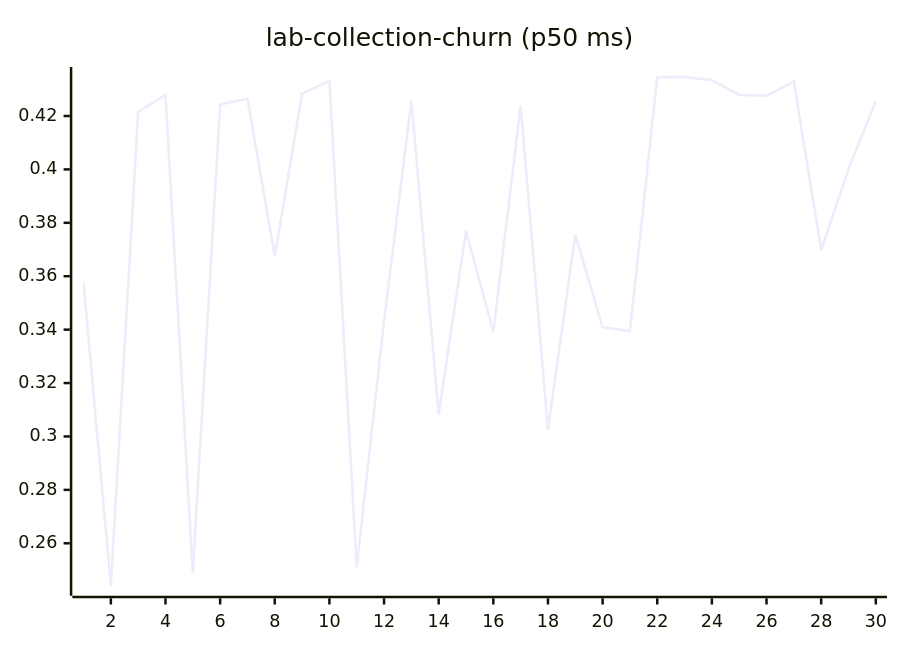
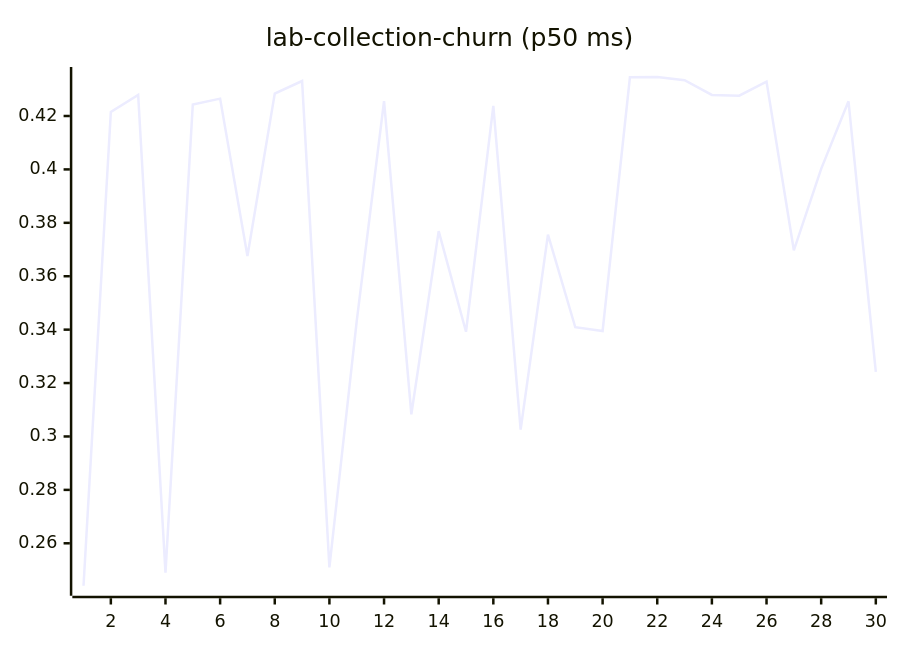
Diagram 11 of 27 in README.md (josha/Facet), drawn with Mermaid before and after one commit. The commit also changed other lines of this file and 2 other files, not shown here.

````diff
--- a/README.md
+++ b/README.md
@@ -133,6 +133,6 @@
 ```mermaid
 xychart-beta
     title "lab-collection-churn (p50 ms)"
     x-axis 1 --> 30
-    line [0.3575, 0.2441, 0.4215, 0.4279, 0.2490, 0.4243, 0.4265, 0.3676, 0.4284, 0.4331, 0.2510, 0.3432, 0.4256, 0.3083, 0.3769, 0.3392, 0.4238, 0.3026, 0.3756, 0.3409, 0.3395, 0.4345, 0.4346, 0.4334, 0.4279, 0.4276, 0.4329, 0.3697, 0.4002, 0.4255]
+    line [0.2441, 0.4215, 0.4279, 0.2490, 0.4243, 0.4265, 0.3676, 0.4284, 0.4331, 0.2510, 0.3432, 0.4256, 0.3083, 0.3769, 0.3392, 0.4238, 0.3026, 0.3756, 0.3409, 0.3395, 0.4345, 0.4346, 0.4334, 0.4279, 0.4276, 0.4329, 0.3697, 0.4002, 0.4255, 0.3242]
 ```
````
